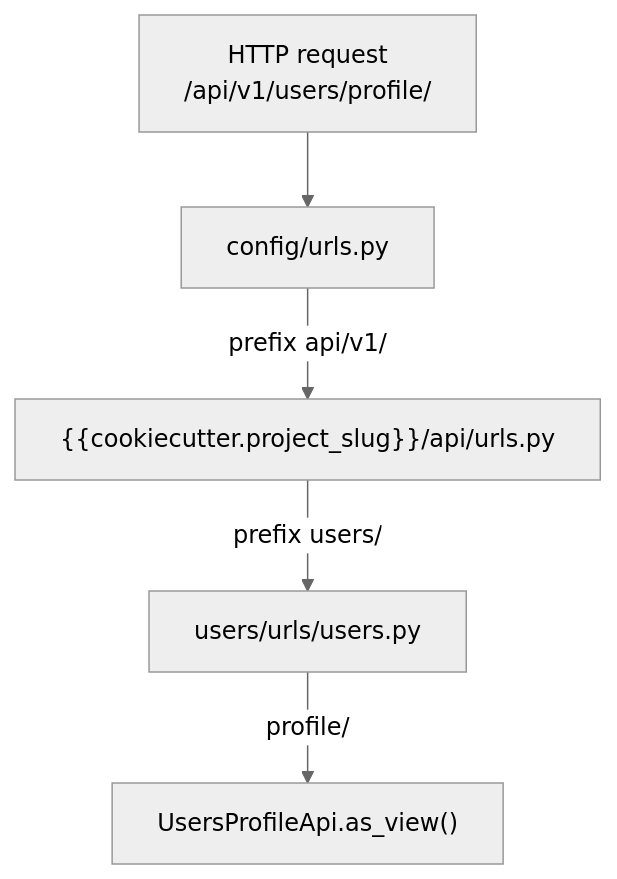
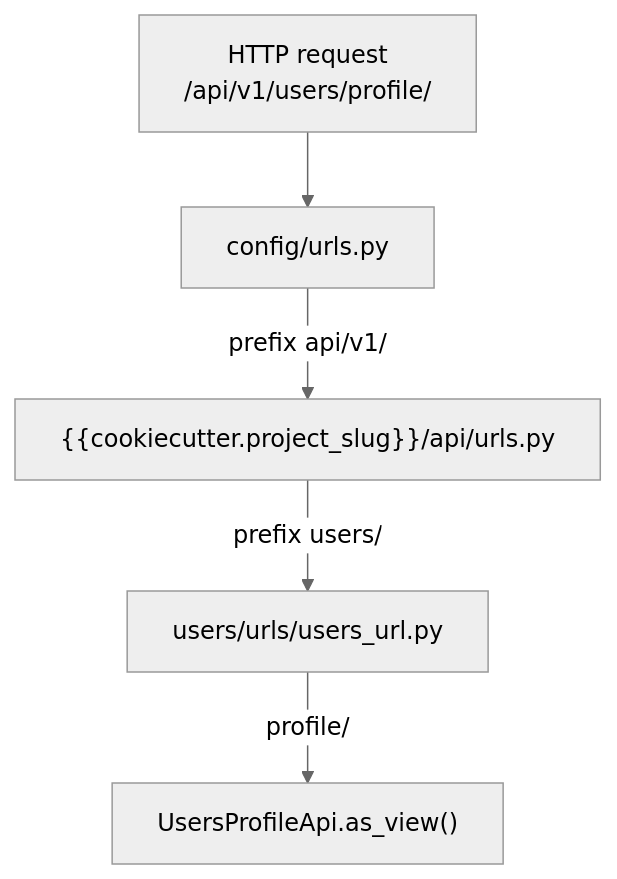
One commit to alidanial7/django-style-guide changed the first of 2 diagrams in {{cookiecutter.project_name}}/docs/style-guide/layers/urls.md. Above: the diagram before and after it, drawn with Mermaid (neutral theme). The commit also changed other lines of this file and 29 other files, not shown here.

````diff
--- a/{{cookiecutter.project_name}}/docs/style-guide/layers/urls.md
+++ b/{{cookiecutter.project_name}}/docs/style-guide/layers/urls.md
@@ -11,14 +11,14 @@
 ```mermaid
 flowchart TB
     REQ["HTTP request<br/>/api/v1/users/profile/"]
 
     ROOT["config/urls.py"]
     API["{{cookiecutter.project_slug}}/api/urls.py"]
-    USERS["users/urls/users.py"]
+    USERS["users/urls/users_url.py"]
     VIEW["UsersProfileApi.as_view()"]
 
     REQ --> ROOT
     ROOT -->|"prefix api/v1/"| API
     API -->|"prefix users/"| USERS
     USERS -->|"profile/"| VIEW
 ```
````
